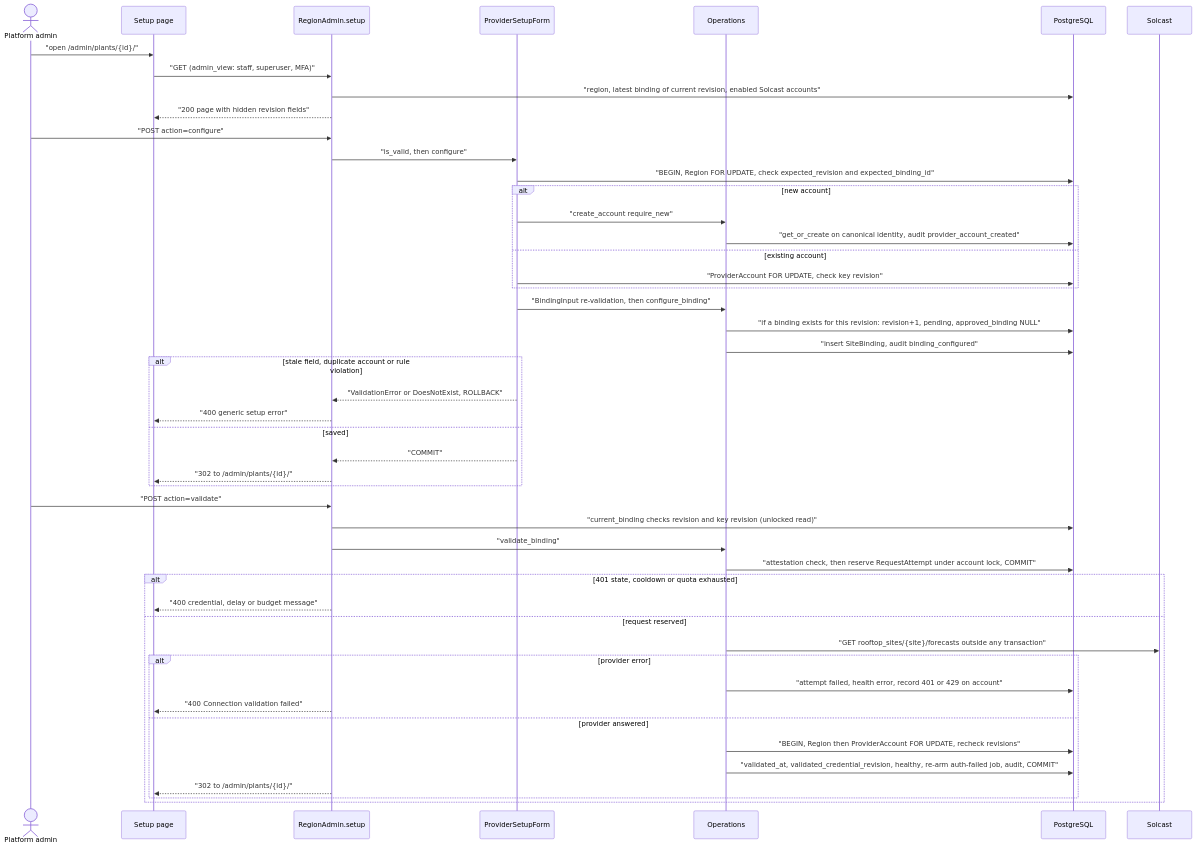
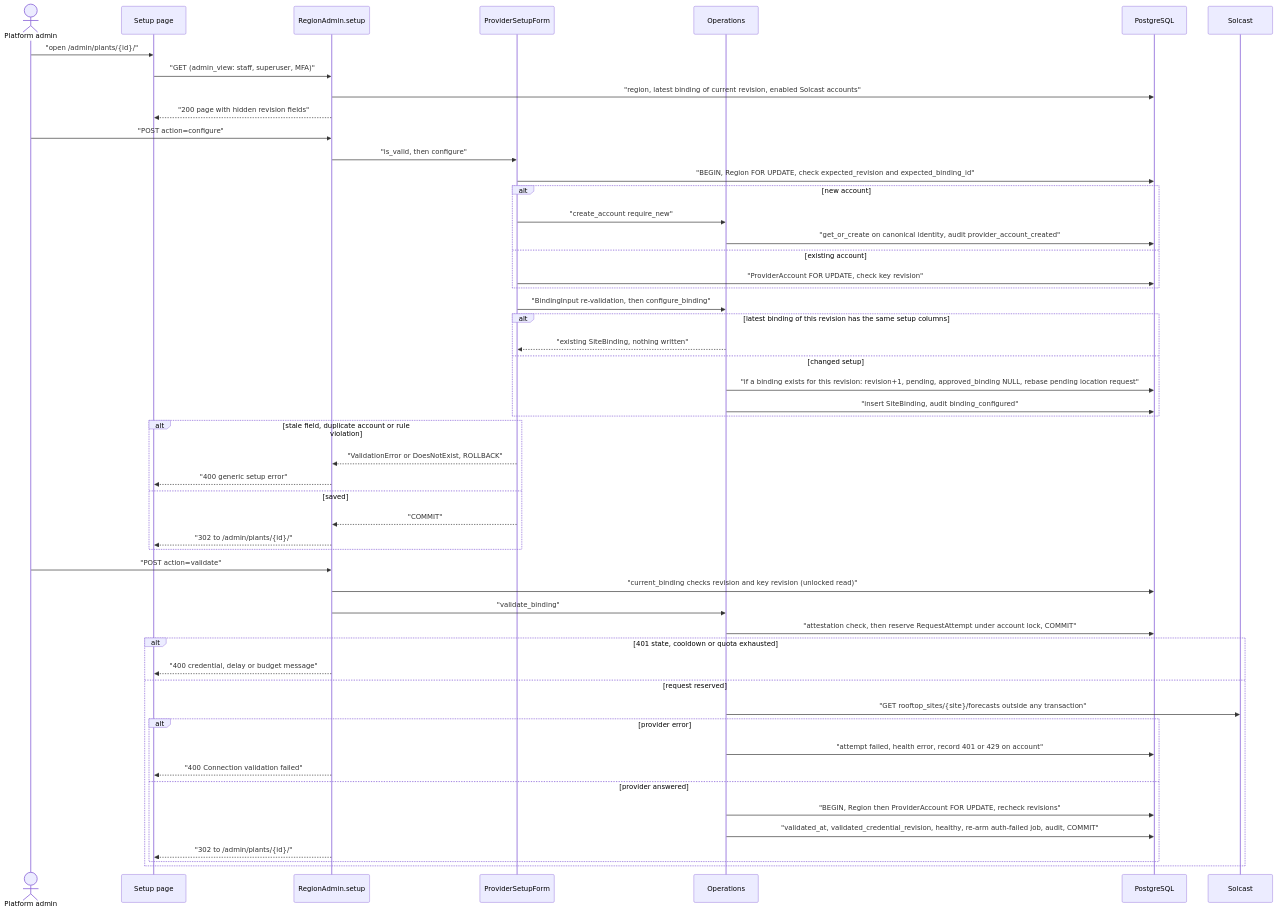
Before and after one commit to erkurtharun/pyracast: the diagram in docs/flows/provider-connection-setup.md, drawn with Mermaid. The commit also changed other lines of this file and 20 other files, not shown here.

First line of the commit message:
Keep configuration, binding and approval on saves that change nothing (#20)

````diff
--- a/docs/flows/provider-connection-setup.md
+++ b/docs/flows/provider-connection-setup.md
@@ -16,50 +16,54 @@
 ```mermaid
 sequenceDiagram
     actor A as Platform admin
     participant P as Setup page
     participant V as RegionAdmin.setup
     participant F as ProviderSetupForm
     participant O as Operations
     participant DB as PostgreSQL
     participant S as Solcast
     A->>P: "open /admin/plants/{id}/"
     P->>V: "GET (admin_view: staff, superuser, MFA)"
     V->>DB: "region, latest binding of current revision, enabled Solcast accounts"
     V-->>P: "200 page with hidden revision fields"
     A->>V: "POST action=configure"
     V->>F: "is_valid, then configure"
     F->>DB: "BEGIN, Region FOR UPDATE, check expected_revision and expected_binding_id"
     alt new account
         F->>O: "create_account require_new"
         O->>DB: "get_or_create on canonical identity, audit provider_account_created"
     else existing account
         F->>DB: "ProviderAccount FOR UPDATE, check key revision"
     end
     F->>O: "BindingInput re-validation, then configure_binding"
-    O->>DB: "if a binding exists for this revision: revision+1, pending, approved_binding NULL"
-    O->>DB: "insert SiteBinding, audit binding_configured"
+    alt latest binding of this revision has the same setup columns
+        O-->>F: "existing SiteBinding, nothing written"
+    else changed setup
+        O->>DB: "if a binding exists for this revision: revision+1, pending, approved_binding NULL, rebase pending location request"
+        O->>DB: "insert SiteBinding, audit binding_configured"
+    end
     alt stale field, duplicate account or rule violation
         F-->>V: "ValidationError or DoesNotExist, ROLLBACK"
         V-->>P: "400 generic setup error"
     else saved
         F-->>V: "COMMIT"
         V-->>P: "302 to /admin/plants/{id}/"
     end
     A->>V: "POST action=validate"
     V->>DB: "current_binding checks revision and key revision (unlocked read)"
     V->>O: "validate_binding"
     O->>DB: "attestation check, then reserve RequestAttempt under account lock, COMMIT"
     alt 401 state, cooldown or quota exhausted
         V-->>P: "400 credential, delay or budget message"
     else request reserved
         O->>S: "GET rooftop_sites/{site}/forecasts outside any transaction"
         alt provider error
             O->>DB: "attempt failed, health error, record 401 or 429 on account"
             V-->>P: "400 Connection validation failed"
         else provider answered
             O->>DB: "BEGIN, Region then ProviderAccount FOR UPDATE, recheck revisions"
             O->>DB: "validated_at, validated_credential_revision, healthy, re-arm auth-failed job, audit, COMMIT"
             V-->>P: "302 to /admin/plants/{id}/"
         end
     end
 ```
````
